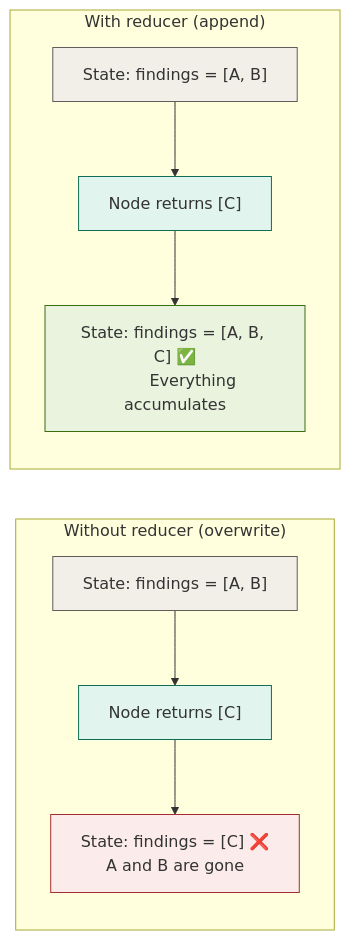
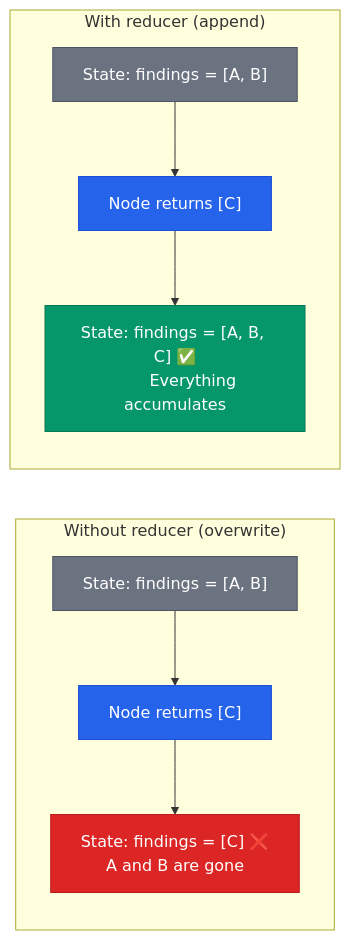
One commit to Kaden-G/LangGraph_3_Easy_Steps changed the second of 6 diagrams in LangGraph_3_Easy_Steps.md. Above: the diagram before and after it, drawn with Mermaid. The commit also changed other lines of this file and 6 other files, not shown here.

````diff
--- a/LangGraph_3_Easy_Steps.md
+++ b/LangGraph_3_Easy_Steps.md
@@ -156,23 +156,23 @@
 ```mermaid
 flowchart LR
     subgraph WITHOUT["Without reducer (overwrite)"]
         direction TB
         A1["State: findings = [A, B]"] --> N1["Node returns [C]"]
         N1 --> R1["State: findings = [C] ❌
         A and B are gone"]
     end
     
     subgraph WITH["With reducer (append)"]
         direction TB
         A2["State: findings = [A, B]"] --> N2["Node returns [C]"]
         N2 --> R2["State: findings = [A, B, C] ✅
         Everything accumulates"]
     end
     
-    style R1 fill:#fcebeb,stroke:#a32d2d
-    style R2 fill:#eaf3de,stroke:#3b6d11
-    style A1 fill:#f1efe8,stroke:#5f5e5a
-    style A2 fill:#f1efe8,stroke:#5f5e5a
-    style N1 fill:#e1f5ee,stroke:#0f6e56
-    style N2 fill:#e1f5ee,stroke:#0f6e56
+    style R1 fill:#DC2626,stroke:#B91C1C,color:#FFFFFF
+    style R2 fill:#059669,stroke:#047857,color:#FFFFFF
+    style A1 fill:#6B7280,stroke:#4B5563,color:#FFFFFF
+    style A2 fill:#6B7280,stroke:#4B5563,color:#FFFFFF
+    style N1 fill:#2563EB,stroke:#1D4ED8,color:#FFFFFF
+    style N2 fill:#2563EB,stroke:#1D4ED8,color:#FFFFFF
 ```
````
